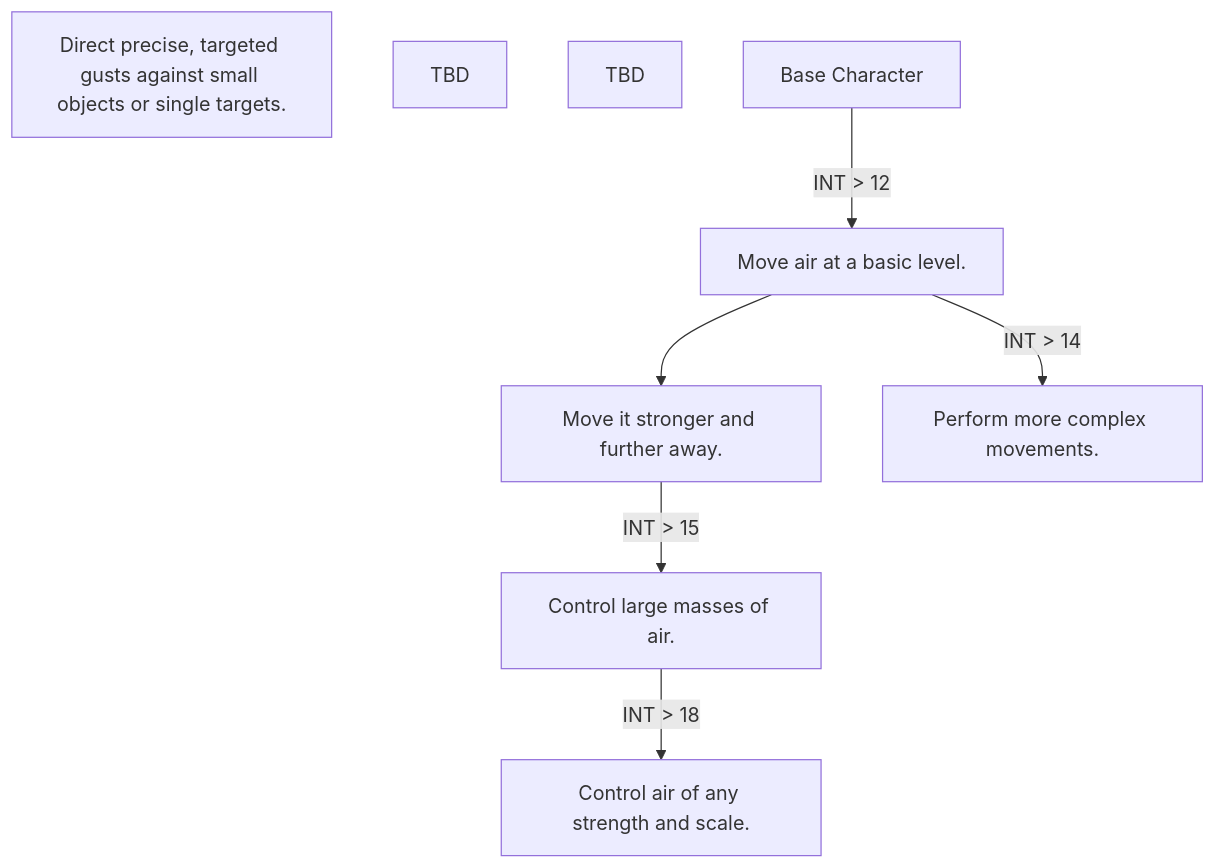
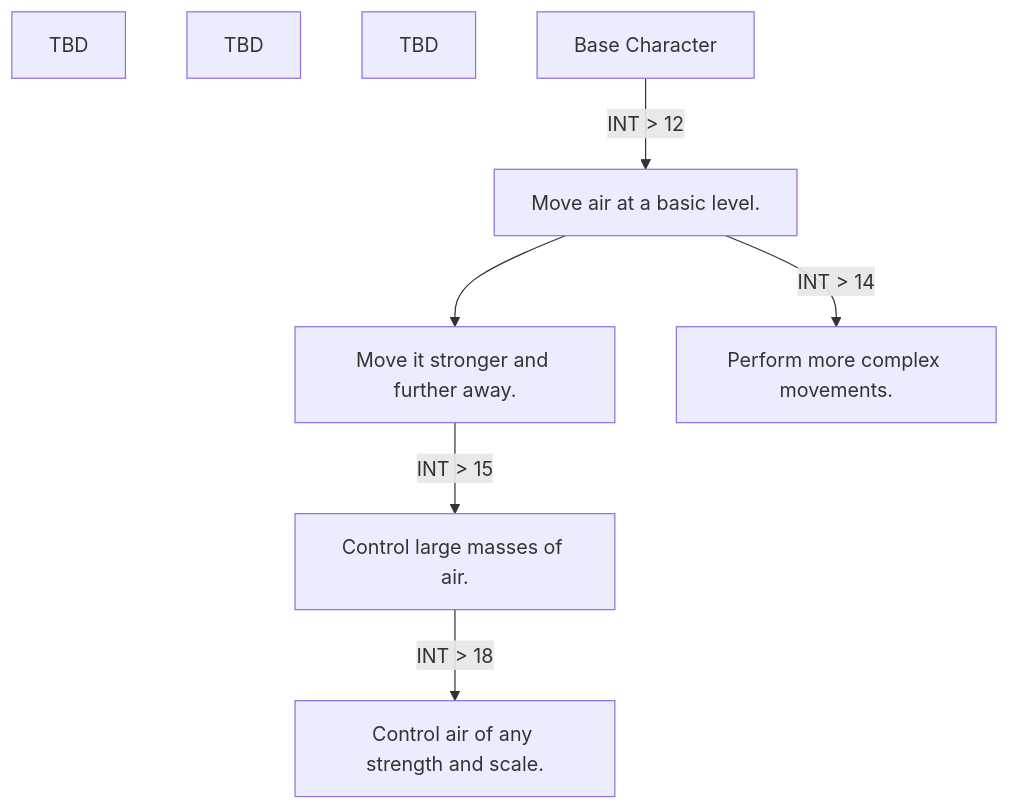
One commit to WiIdNeo/DnD changed diagram 12 of 28 in Classes and Races/Classes/Class-Handbook.md. Above: the diagram before and after it, drawn with Mermaid. The commit also changed other lines of this file, not shown here.

````diff
--- a/Classes and Races/Classes/Class-Handbook.md
+++ b/Classes and Races/Classes/Class-Handbook.md
@@ -316,18 +316,18 @@
 ```mermaid
 flowchart TD
 
 A[Base Character]
 
 1["Move air at a basic level."]
 2["Move it stronger and further away."]
 3["Perform more complex movements."]
 4["Control large masses of air."]
-5["Direct precise, targeted gusts against small objects or single targets."]
+5["TBD"]
 6["TBD"]
 7["TBD"]
 8["Control air of any strength and scale."]
 
 A --> |INT > 12|1 
 1 --> 2 -->|INT > 15| 4 -->|INT > 18| 8
 1 --> |INT > 14|3
 ```
````
